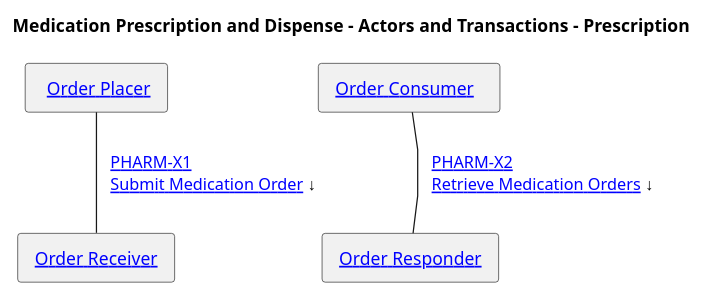
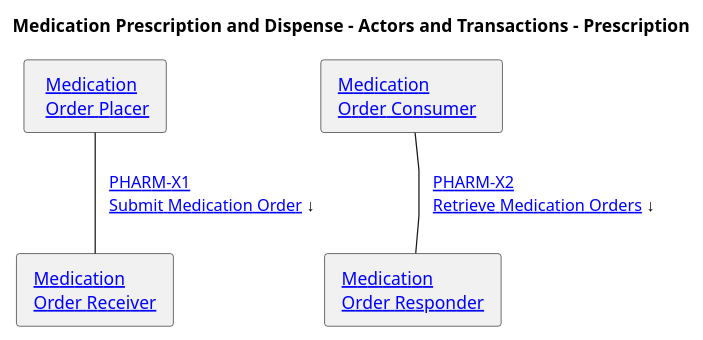
Before and after one commit to IHE/pharm-mpd: the diagram in input/images-source/actors-transactions-prescription.plantuml, drawn with PlantUML. The commit also changed 5 other files, not shown here.

```diff
--- a/input/images-source/actors-transactions-prescription.plantuml
+++ b/input/images-source/actors-transactions-prescription.plantuml
@@ -1,43 +1,42 @@
 @startuml
 '!include ./style.iuml
 skinparam linetype ortho
 skinparam linetype polyline
 
 title Medication Prescription and Dispense - Actors and Transactions - Prescription
-agent "  [[actors_and_transactions.html#order-placer Order Placer ]]" as orderplacer 
-agent " [[actors_and_transactions.html#order-receiver Order Receiver ]]" as orderreceiver 
-agent " [[actors_and_transactions.html#order-receiver Order Responder ]]" as orderresponder 
-
-agent " [[actors_and_transactions.html#OrderConsumer Order Consumer   ]]" as OrderConsumer 
+agent "  [[actors_and_transactions.html#order-placer Medication\nOrder Placer ]]" as orderplacer 
+agent " [[actors_and_transactions.html#order-receiver Medication\nOrder Receiver ]]" as orderreceiver 
+agent " [[actors_and_transactions.html#order-receiver Medication\nOrder Responder ]]" as orderresponder 
+agent " [[actors_and_transactions.html#OrderConsumer Medication\nOrder Consumer   ]]" as OrderConsumer 
 
 
 'agent "[[actors_and_transactions.html#dipensereceiver Dispense Receiver]]" as dispensereceiver
 'agent "[[actors_and_transactions.html#dipenseresponder Dispense Responder]]" as dispenseresponder 
 
 
 ' \n\n   [[PHARM-X2.html PHARM-M2 Supply Response/status]] ↑
 
 orderplacer -d- orderreceiver : "   [[PHARM-X1.html PHARM-X1\nSubmit Medication Order]] ↓       "
-orderreceiver -[hidden]r- orderresponder : "\t\t\t"
+orderreceiver -[hidden]r- orderresponder : "\t\t\t "
 
 'orderresponder -d[hidden]- dispensereceiver
 'orderresponder -r[hidden]- dispensereceiver
 orderresponder -[hidden]r- OrderConsumer
 
-orderplacer -[hidden]r- OrderConsumer : "\t\t\t "
+orderplacer -[hidden]r- OrderConsumer : "\t\t\t  "
 
 'dispensereceiver -l[hidden]- dispenseresponder : "   "
 
 
 orderresponder -u- OrderConsumer: "   [[PHARM-X1.html PHARM-X2\nRetrieve Medication Orders]] ↓          "
 'OrderConsumer -d- dispensereceiver: "   [[PHARM-X3.html PHARM-X3\nDispense]]↓  "
 
 ' → ↑ ← ↓
 
 'orderresponder -r- dispensereceiver:  "   [[PHARM-X2.html PHARM-X2 Dispense]]  ←   "
 ' dispensereceiver -r- dispenseresponder : ""
 
 'OrderConsumer -d- OrderConsumer : "   [[PHARM-M2.html PHARM-M2 Fetch Orders]] ←  "
 'dispenser -[hidden]r- invreporter : "\t\t\t\t\t "
 'invreporter -d- invmanager : "   [[PHARM-M5.html PHARM-M5 Inventory Status]] ↑                  \n\n   [[PHARM-M6.html PHARM-M6 Inventory Update]] ↓                 \n\n[[PHARM-M7.html PHARM-M7 Inventory Query]] ↓\t\t  "
 @enduml
```
